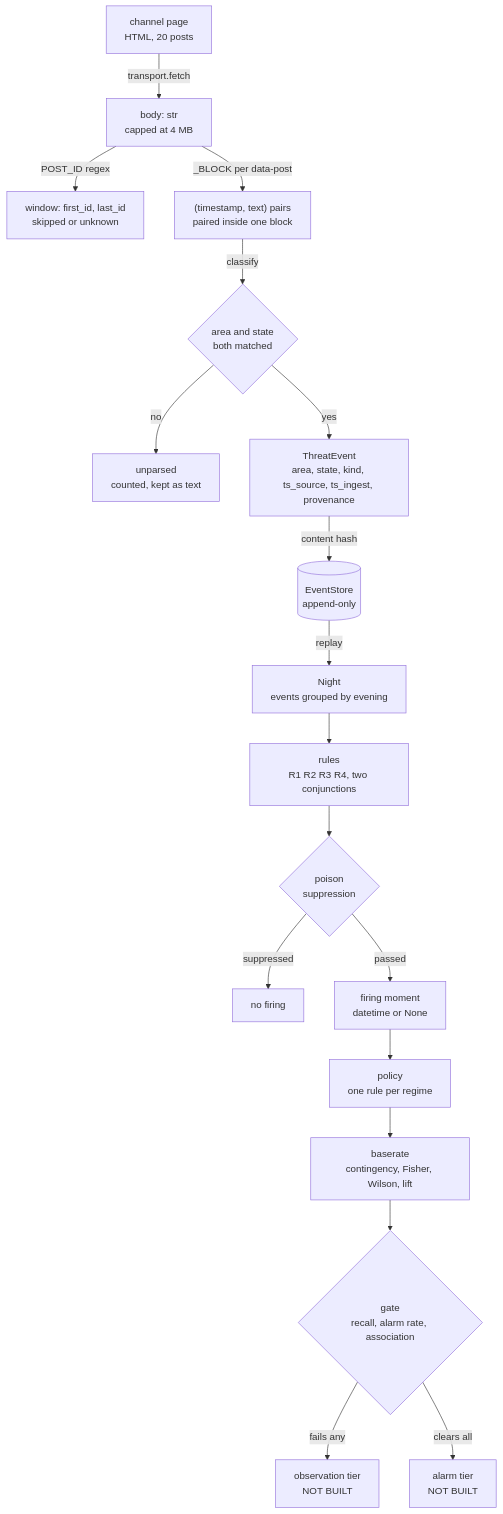
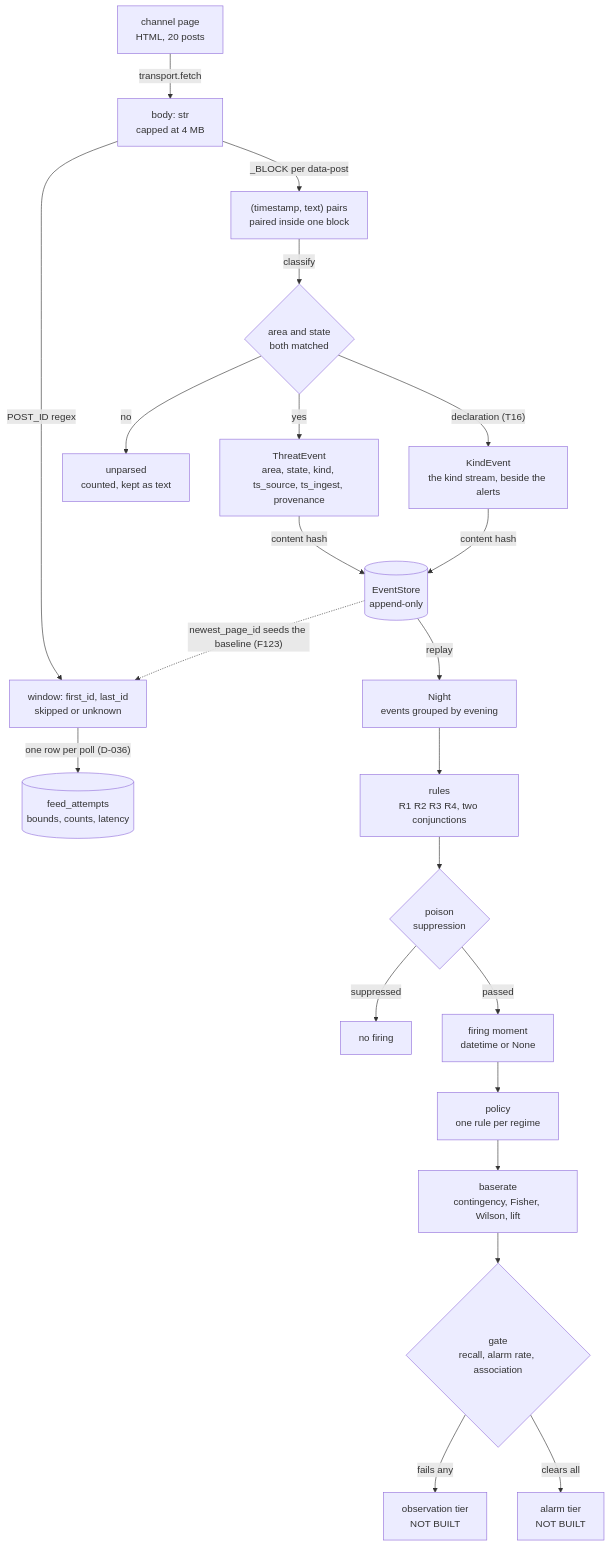
One commit to jerzy99jerzy/air-alert-early-warning changed the first of 2 diagrams in docs/DATA-FLOW.md. Above: the diagram before and after it, drawn with Mermaid. The commit also changed other lines of this file and 18 other files, not shown here.

Commit message:
0.43.0.0: the instrument ships where its input lives (D-038), both store readers repaired against an old table, the manual's two dead claims (F127), the diagram catches up (DATA-FLOW 1.1)

````diff
--- a/docs/DATA-FLOW.md
+++ b/docs/DATA-FLOW.md
@@ -38,21 +38,25 @@
 ```mermaid
 flowchart TD
     CH["channel page<br/>HTML, 20 posts"]
     CH -->|"transport.fetch"| BODY["body: str<br/>capped at 4 MB"]
     BODY -->|"POST_ID regex"| WIN["window: first_id, last_id<br/>skipped or unknown"]
+    STORE -. "newest_page_id seeds the baseline (F123)" .-> WIN
+    WIN -->|"one row per poll (D-036)"| ATT[("feed_attempts<br/>bounds, counts, latency")]
     BODY -->|"_BLOCK per data-post"| MSG["(timestamp, text) pairs<br/>paired inside one block"]
     MSG -->|"classify"| CLS{"area and state<br/>both matched"}
     CLS -->|"no"| UNP["unparsed<br/>counted, kept as text"]
     CLS -->|"yes"| EV["ThreatEvent<br/>area, state, kind, ts_source, ts_ingest, provenance"]
+    CLS -->|"declaration (T16)"| KE["KindEvent<br/>the kind stream, beside the alerts"]
+    KE -->|"content hash"| STORE
     EV -->|"content hash"| STORE[("EventStore<br/>append-only")]
     STORE -->|"replay"| NIGHT["Night<br/>events grouped by evening"]
     NIGHT --> RULES["rules<br/>R1 R2 R3 R4, two conjunctions"]
     RULES --> SUP{"poison<br/>suppression"}
     SUP -->|"suppressed"| NONE["no firing"]
     SUP -->|"passed"| FIRE["firing moment<br/>datetime or None"]
     FIRE --> POL["policy<br/>one rule per regime"]
     POL --> BASE["baserate<br/>contingency, Fisher, Wilson, lift"]
     BASE --> GATE{"gate<br/>recall, alarm rate, association"}
     GATE -->|"fails any"| OBS["observation tier<br/>NOT BUILT"]
     GATE -->|"clears all"| ALARM["alarm tier<br/>NOT BUILT"]
 ```
````
